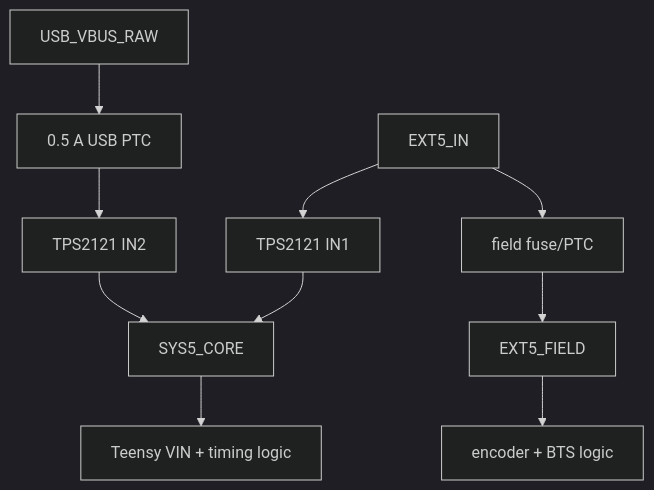
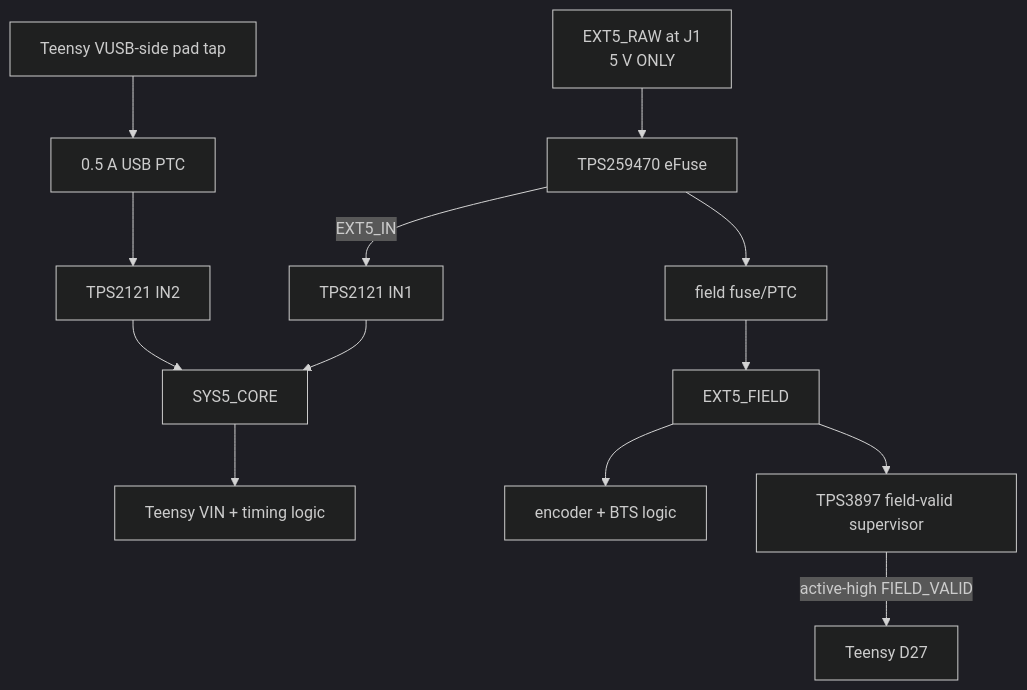
The second of 2 diagrams in docs/timing_circuit.md (aaronjs99/ig_handle), drawn with Mermaid (dark theme) before and after one commit. The commit also changed other lines of this file and 20 other files, not shown here.

````diff
--- a/docs/timing_circuit.md
+++ b/docs/timing_circuit.md
@@ -67,10 +71,12 @@
 ```mermaid
 flowchart TD
-    EXT[EXT5_IN] --> MUX[TPS2121 IN1]
-    USB[USB_VBUS_RAW] --> PTC[0.5 A USB PTC] --> MUX2[TPS2121 IN2]
+    EXT[EXT5_RAW at J1<br/>5 V ONLY] --> EF[TPS259470 eFuse]
+    EF -->|EXT5_IN| MUX[TPS2121 IN1]
+    USB[Teensy VUSB-side pad tap] --> PTC[0.5 A USB PTC] --> MUX2[TPS2121 IN2]
     MUX --> CORE[SYS5_CORE]
     MUX2 --> CORE
-    EXT --> FF[field fuse/PTC] --> FIELD[EXT5_FIELD]
+    EF --> FF[field fuse/PTC] --> FIELD[EXT5_FIELD]
     CORE --> CLOAD[Teensy VIN + timing logic]
     FIELD --> FLOAD[encoder + BTS logic]
+    FIELD --> FS[TPS3897 field-valid supervisor] -->|active-high FIELD_VALID| MCU[Teensy D27]
 ```
````
